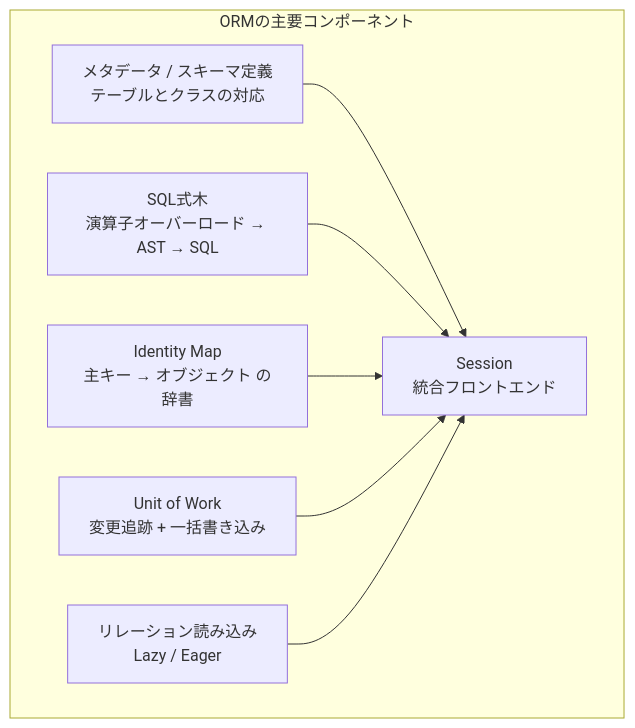
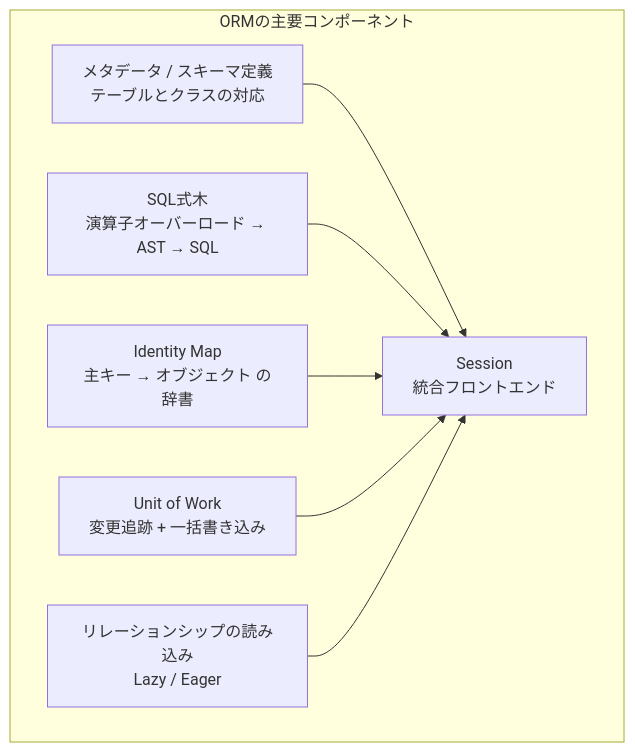
Before and after one commit to yoichiozaki/yoichiozaki.github.io: the fourth of 4 diagrams in content/blog/ja/orm-internals.mdx, drawn with Mermaid. The commit also changed other lines of this file and 220 other files, not shown here.

````diff
--- a/content/blog/ja/orm-internals.mdx
+++ b/content/blog/ja/orm-internals.mdx
@@ -1466,16 +1470,16 @@
 ```mermaid
 graph TB
     subgraph Components["ORMの主要コンポーネント"]
         MD["メタデータ / スキーマ定義<br/>テーブルとクラスの対応"]
         SE["SQL式木<br/>演算子オーバーロード → AST → SQL"]
         IM["Identity Map<br/>主キー → オブジェクト の辞書"]
         UW["Unit of Work<br/>変更追跡 + 一括書き込み"]
-        RL["リレーション読み込み<br/>Lazy / Eager"]
+        RL["リレーションシップの読み込み<br/>Lazy / Eager"]
         SS["Session<br/>統合フロントエンド"]
     end
     MD --> SS
     SE --> SS
     IM --> SS
     UW --> SS
     RL --> SS
 ```
````
